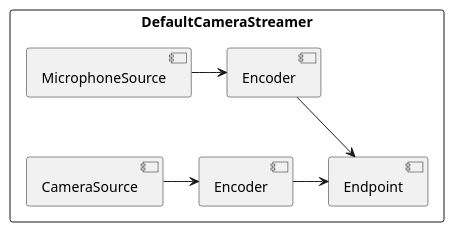
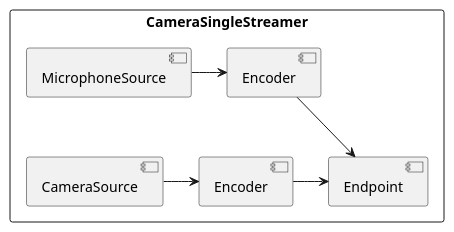
One commit to ThibaultBee/StreamPack changed the fifth of 5 diagrams in DEVELOPER_README.md. Above: the diagram before and after it, drawn with PlantUML. The commit also changed other lines of this file and 108 other files, not shown here.

Commit message:
refactor(*): move current streamer to single

```diff
--- a/DEVELOPER_README.md
+++ b/DEVELOPER_README.md
@@ -174,16 +174,16 @@
 @startuml
-rectangle DefaultCameraStreamer {
+rectangle CameraSingleStreamer {
 [CameraSource] as VideoSource
 [MicrophoneSource] as AudioSource
 [Encoder] as VideoEncoder
 [Encoder] as AudioEncoder
 [Endpoint] as Endpoint
 VideoSource -r-> VideoEncoder
 AudioSource -r-> AudioEncoder
 VideoEncoder -r-> Endpoint
 AudioEncoder -r-> Endpoint
 AudioSource -d[hidden]-> VideoSource
 AudioEncoder -d[hidden]-> VideoEncoder
 }
 }
 @enduml
```
